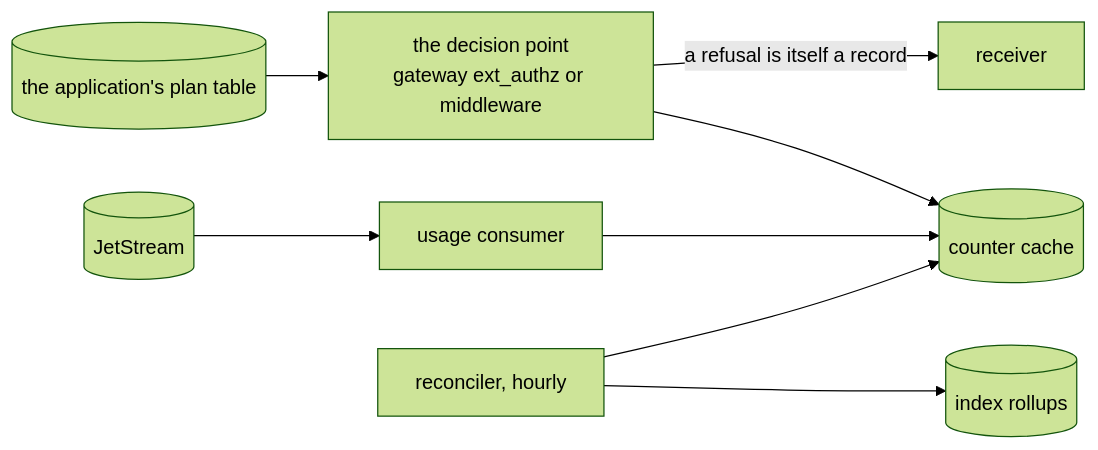
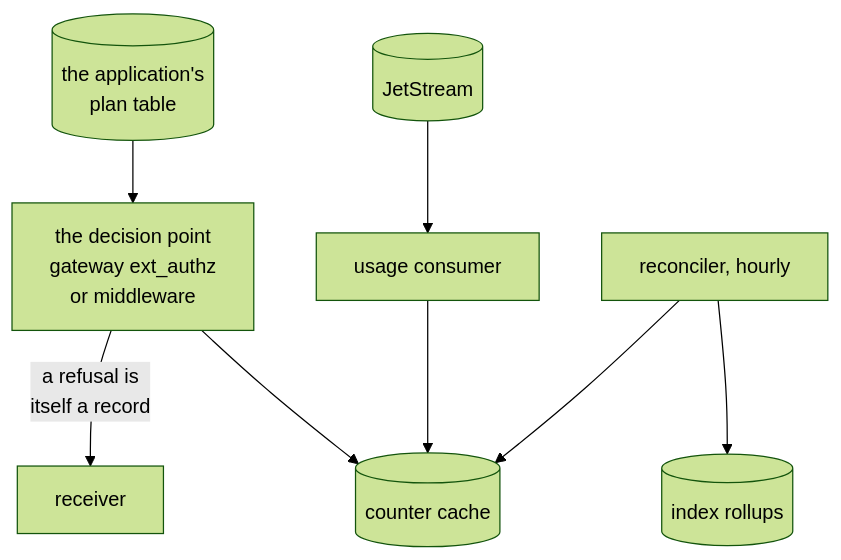
The diagram in docs/audit/explanation/usage-quotas.md (truvity/sluis), drawn with Mermaid (forest theme) before and after one commit. The commit also changed 39 other files, not shown here.

First line of the commit message:
docs: links, one checker, diagrams at natural size, and the loose ends of the other passes

````diff
--- a/docs/audit/explanation/usage-quotas.md
+++ b/docs/audit/explanation/usage-quotas.md
@@ -28,10 +28,10 @@
 ```mermaid
-flowchart LR
+flowchart TB
   N[("JetStream")] --> U["usage consumer"]
   U --> VK[("counter cache")]
-  GW["the decision point<br/>gateway ext_authz or middleware"] --> VK
-  PLAN[("the application's plan table")] --> GW
+  PLAN[("the application's<br/>plan table")] --> GW["the decision point<br/>gateway ext_authz<br/>or middleware"]
+  GW --> VK
   REC["reconciler, hourly"] --> PG[("index rollups")]
   REC --> VK
-  GW -- "a refusal is itself a record" --> R["receiver"]
+  GW -- "a refusal is<br/>itself a record" --> R["receiver"]
 ```
````
